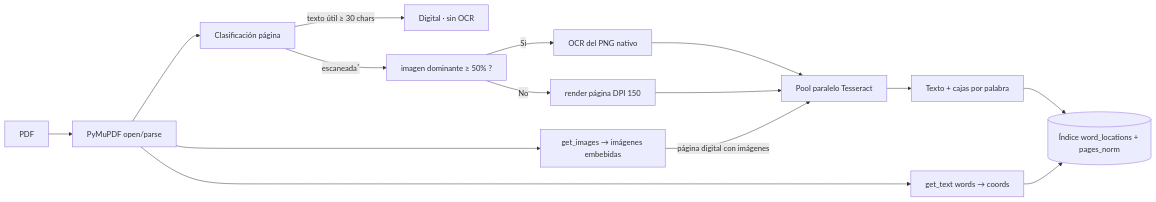
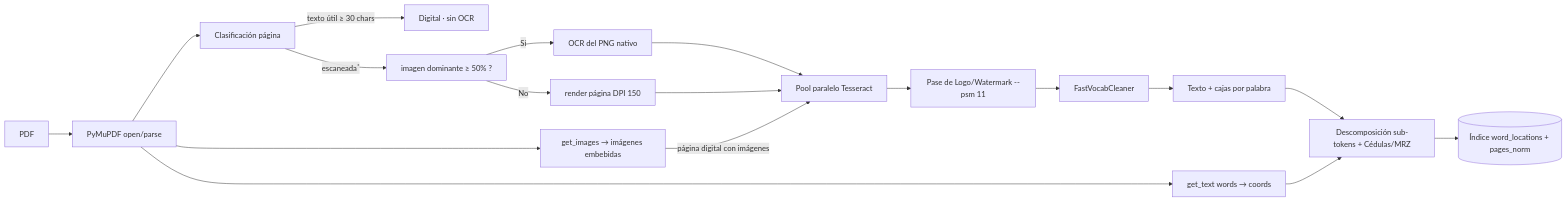
One commit to estebanp26/PDF-Engine changed the second of 3 diagrams in docs/ARQUITECTURA.md. Above: the diagram before and after it, drawn with Mermaid. The commit also changed other lines of this file and 5 other files, not shown here.

Commit message:
docs: update project documentation with watermark detection, vocab cleaner, compound indexing, and 4-tier search

````diff
--- a/docs/ARQUITECTURA.md
+++ b/docs/ARQUITECTURA.md
@@ -104,17 +120,20 @@
 ```mermaid
 flowchart LR
     P[PDF] --> P1[PyMuPDF open/parse]
     P1 --> W[get_text words → coords]
     P1 --> IMG[get_images → imágenes embebidas]
     P1 --> CLAS[Clasificación página]
     CLAS -->|texto útil ≥ 30 chars| DIG[Digital · sin OCR]
     CLAS -->|escaneada<sup>*</sup>| IMGD[imagen dominante ≥ 50% ?]
     IMGD -->|Sí| OCRN[OCR del PNG nativo]
     IMGD -->|No| REND[render página DPI 150]
     OCRN --> OCR[Pool paralelo Tesseract]
     REND --> OCR
     IMG -->|página digital con imágenes| OCR
-    OCR --> BOX[Texto + cajas por palabra]
-    BOX --> IDX[(Índice word_locations + pages_norm)]
-    W --> IDX
+    OCR --> HDR[Pase de Logo/Watermark --psm 11]
+    HDR --> VOCAB[FastVocabCleaner]
+    VOCAB --> BOX[Texto + cajas por palabra]
+    BOX --> SUB[Descomposición sub-tokens + Cédulas/MRZ]
+    W --> SUB
+    SUB --> IDX[(Índice word_locations + pages_norm)]
 ```
````
